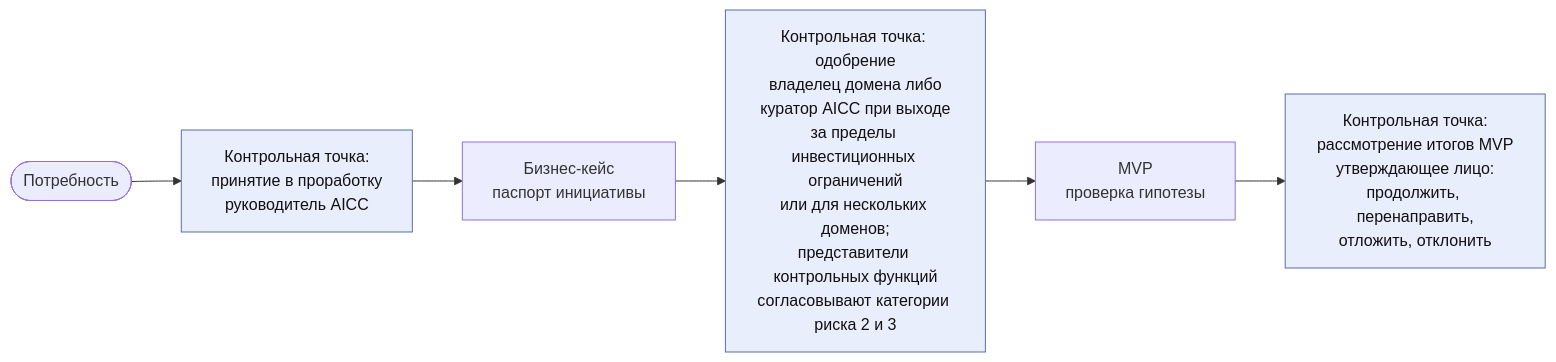
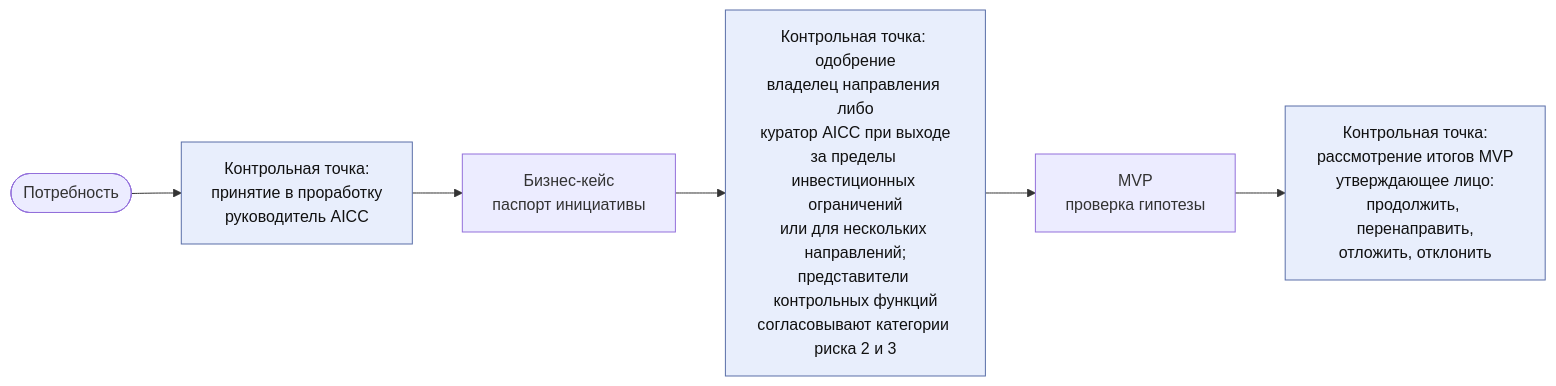
One commit to devhogu/ob-aicc changed the second of 5 diagrams in charter/ru/guides/service-delivery-guide.md. Above: the diagram before and after it, drawn with Mermaid. The commit also changed other lines of this file and 290 other files, not shown here.

First line of the commit message:
Russian edition: Domain is «направление» (владелец направления, эксперт направления); Strategic Priority 3 is «AI в работе направлений Банка»

````diff
--- a/charter/ru/guides/service-delivery-guide.md
+++ b/charter/ru/guides/service-delivery-guide.md
@@ -48,10 +48,10 @@
 ```mermaid
 flowchart LR
   N(["Потребность"]) --> G1["Контрольная точка:<br/>принятие в проработку<br/>руководитель AICC"]
   G1 --> BC["Бизнес-кейс<br/>паспорт инициативы"]
-  BC --> G2["Контрольная точка: одобрение<br/>владелец домена либо<br/>куратор AICC при выходе<br/>за пределы инвестиционных ограничений<br/>или для нескольких доменов;<br/>представители контрольных функций<br/>согласовывают категории риска 2 и 3"]
+  BC --> G2["Контрольная точка: одобрение<br/>владелец направления либо<br/>куратор AICC при выходе<br/>за пределы инвестиционных ограничений<br/>или для нескольких направлений;<br/>представители контрольных функций<br/>согласовывают категории риска 2 и 3"]
   G2 --> MV["MVP<br/>проверка гипотезы"]
   MV --> G3["Контрольная точка:<br/>рассмотрение итогов MVP<br/>утверждающее лицо:<br/>продолжить, перенаправить,<br/>отложить, отклонить"]
   classDef gate fill:#e8eefc,stroke:#5a6fa8,color:#111
   class G1,G2,G3 gate
 ```
````
